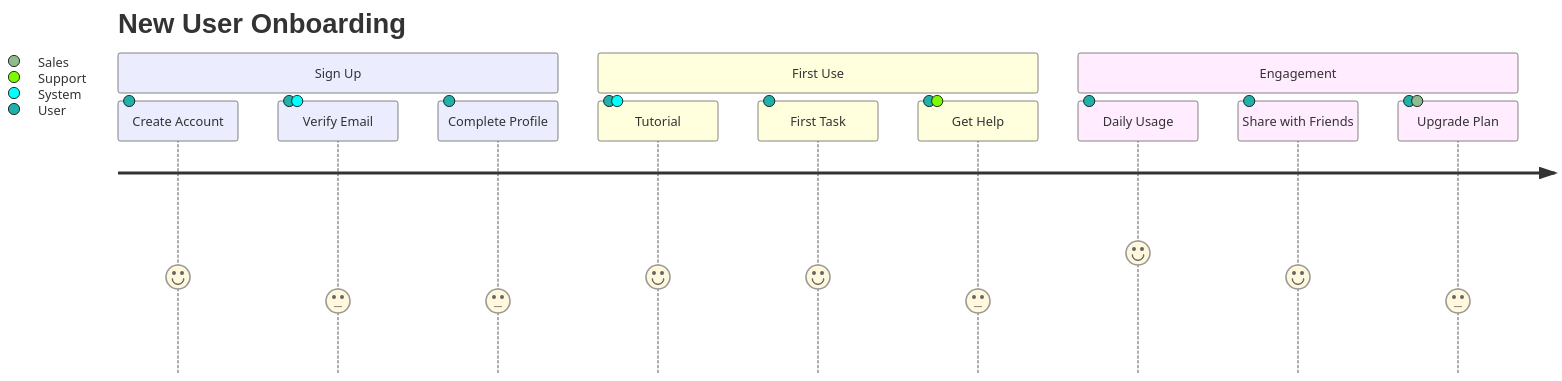
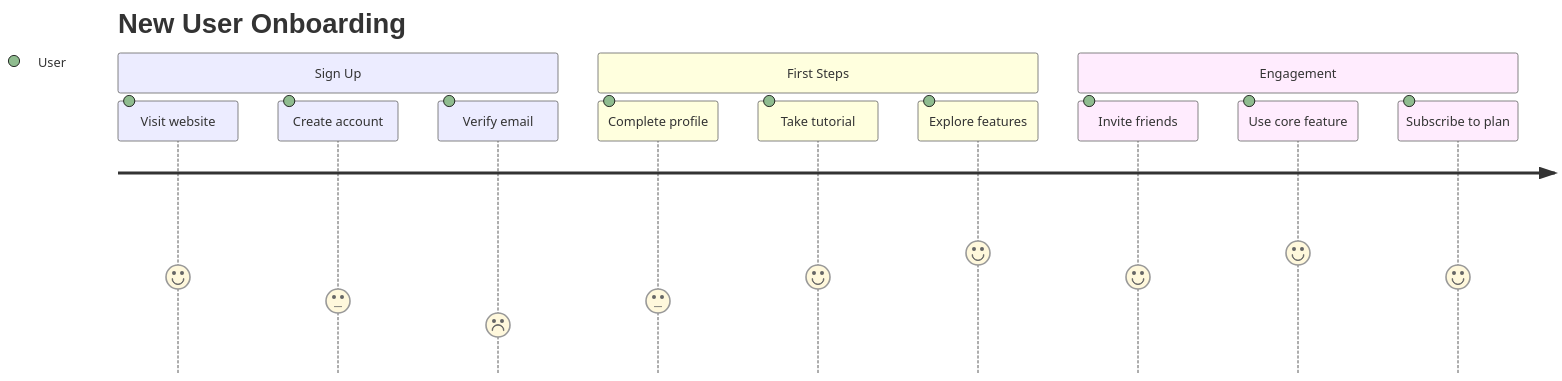
One commit to teachingai/full-stack-skills changed the third of 7 diagrams in skills/mermaid/examples/journey.md. Above: the diagram before and after it, drawn with Mermaid. The commit also changed other lines of this file and 21 other files, not shown here.

First line of the commit message:
docs(mermaid): 更新架构、块、C4和类图示例文档

````diff
--- a/skills/mermaid/examples/journey.md
+++ b/skills/mermaid/examples/journey.md
@@ -56,16 +61,16 @@
 ```mermaid
 journey
     title New User Onboarding
     section Sign Up
-      Create Account: 4: User
-      Verify Email: 3: User, System
-      Complete Profile: 3: User
-    section First Use
-      Tutorial: 4: User, System
-      First Task: 4: User
-      Get Help: 3: User, Support
+      Visit website: 4: User
+      Create account: 3: User
+      Verify email: 2: User
+    section First Steps
+      Complete profile: 3: User
+      Take tutorial: 4: User
+      Explore features: 5: User
     section Engagement
-      Daily Usage: 5: User
-      Share with Friends: 4: User
-      Upgrade Plan: 3: User, Sales
+      Invite friends: 4: User
+      Use core feature: 5: User
+      Subscribe to plan: 4: User
 ```
````
